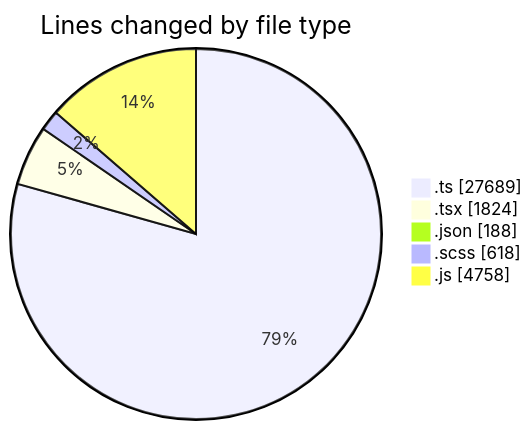
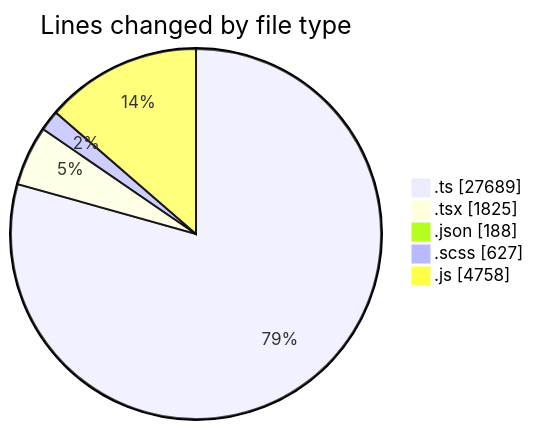
The first of 2 diagrams in 2026-05-07/cda/README.md (momahboobian/code-tracking), drawn with Mermaid before and after one commit. The commit also changed other lines of this file and 1 other file, not shown here.

````diff
--- a/2026-05-07/cda/README.md
+++ b/2026-05-07/cda/README.md
@@ -46,9 +46,9 @@
 ```mermaid
 pie showData
 title Lines changed by file type
 ".ts" : 27689
-".tsx" : 1824
+".tsx" : 1825
 ".json" : 188
-".scss" : 618
+".scss" : 627
 ".js" : 4758
 ```
````
